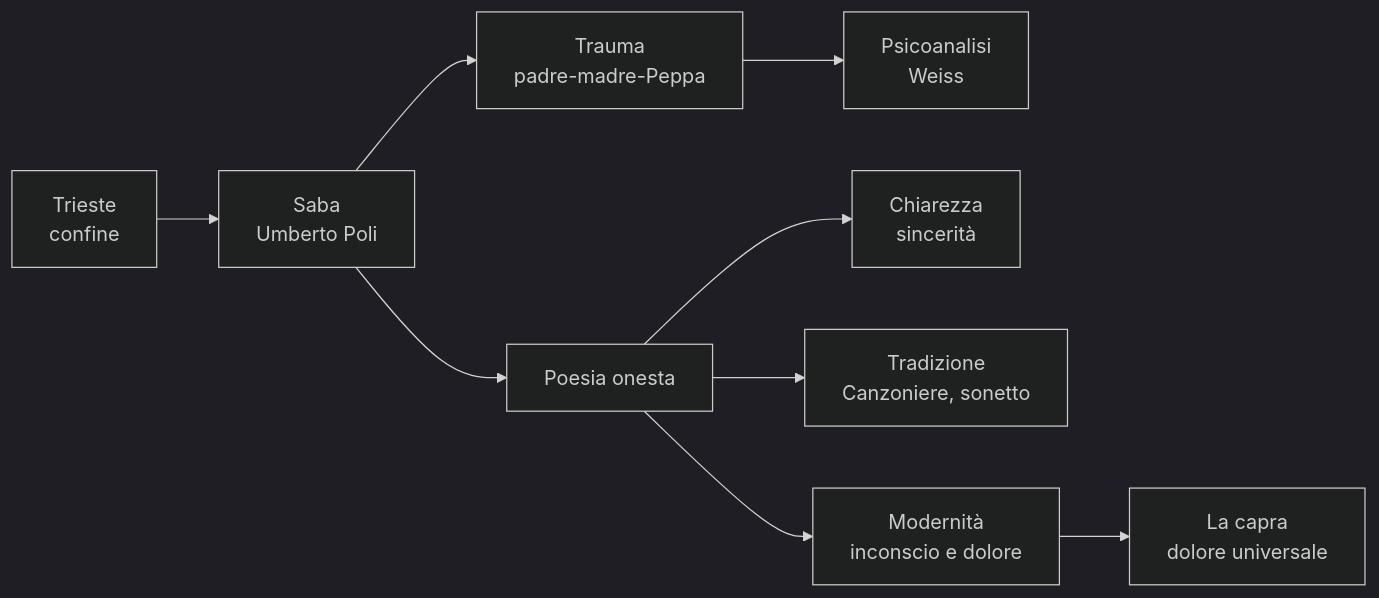
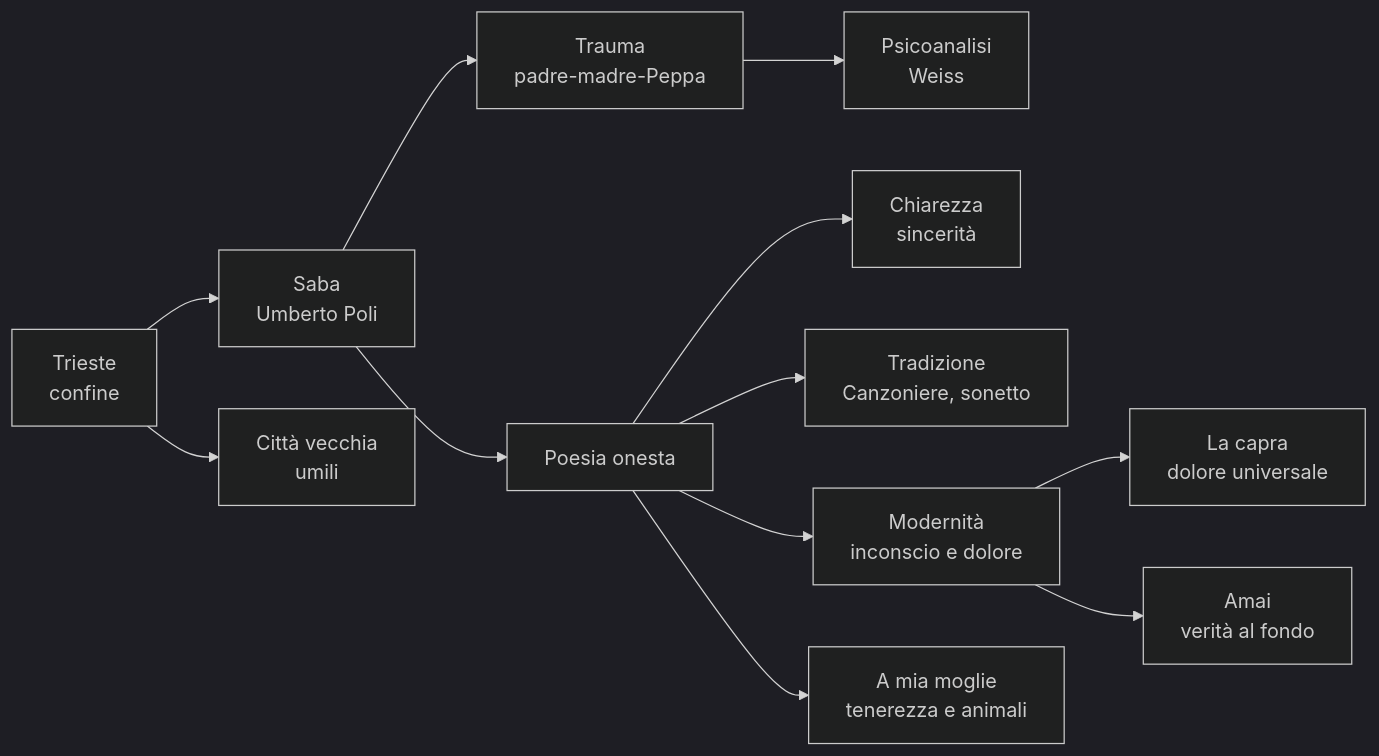
Before and after one commit to riccardo-algorime/appunti-5Bsa: the diagram in italiano/saba/ripasso.md, drawn with Mermaid (dark theme). The commit also changed other lines of this file and 20 other files, not shown here.

````diff
--- a/italiano/saba/ripasso.md
+++ b/italiano/saba/ripasso.md
@@ -128,11 +191,14 @@
 ```mermaid
 flowchart LR
     A["Trieste<br/>confine"] --> B["Saba<br/>Umberto Poli"]
     B --> C["Trauma<br/>padre-madre-Peppa"]
     C --> D["Psicoanalisi<br/>Weiss"]
     B --> E["Poesia onesta"]
     E --> F["Chiarezza<br/>sincerità"]
     E --> G["Tradizione<br/>Canzoniere, sonetto"]
     E --> H["Modernità<br/>inconscio e dolore"]
     H --> I["La capra<br/>dolore universale"]
+    H --> L["Amai<br/>verità al fondo"]
+    E --> M["A mia moglie<br/>tenerezza e animali"]
+    A --> N["Città vecchia<br/>umili"]
 ```
````
